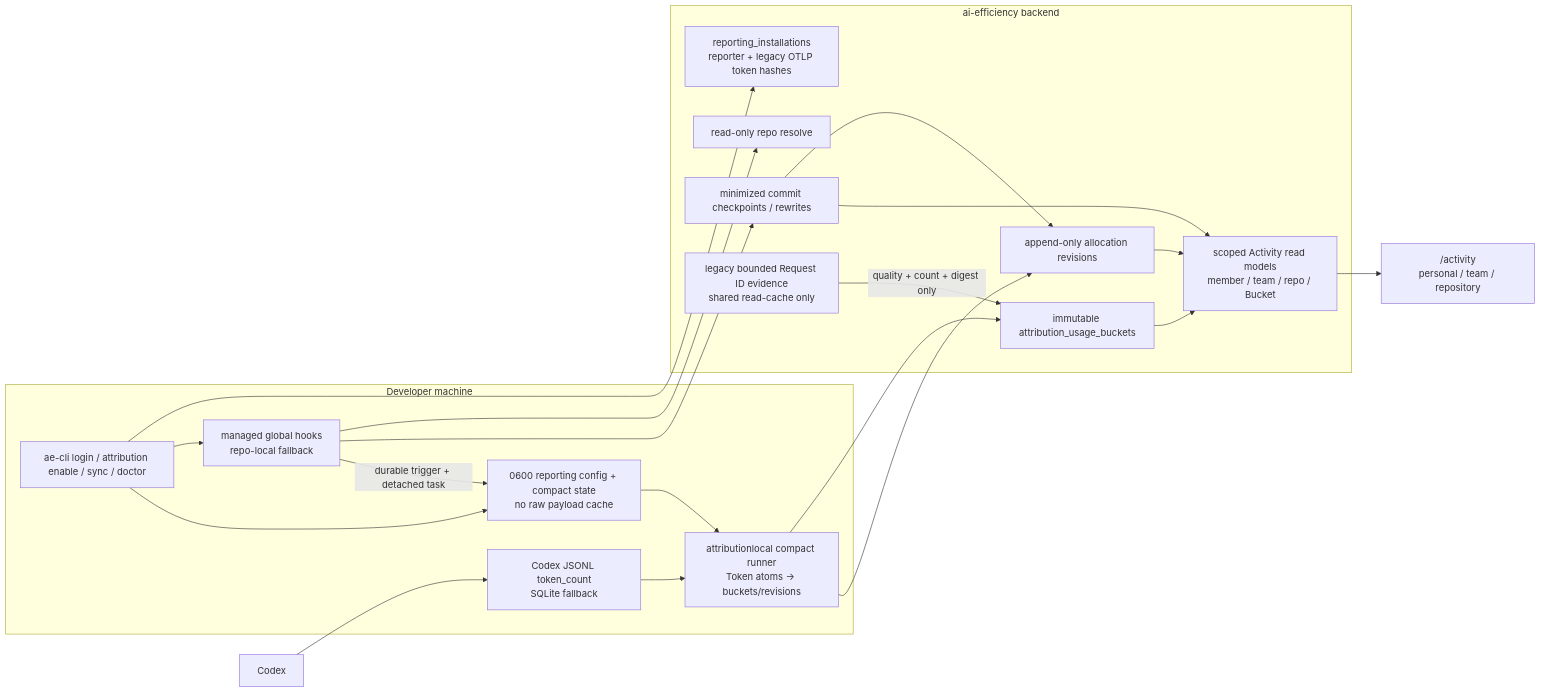
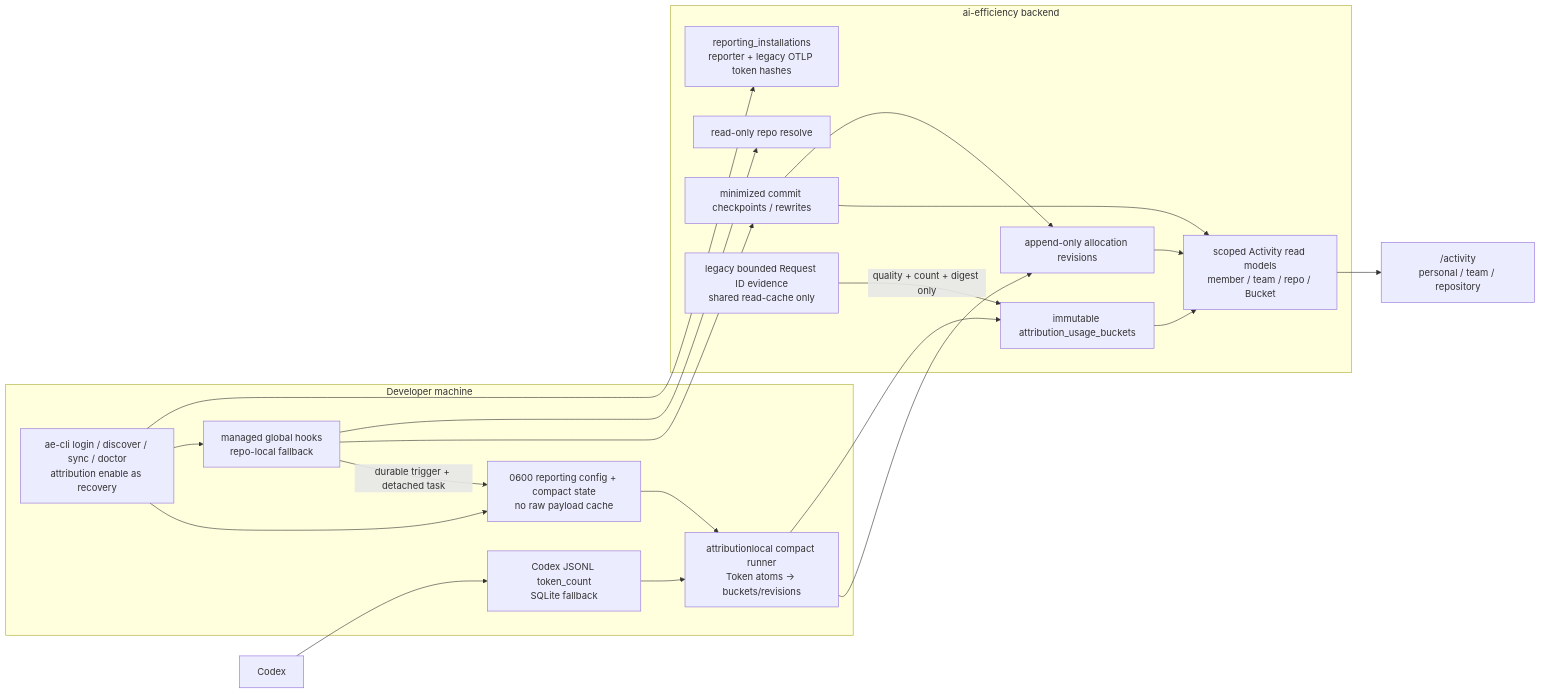
One commit to LichKing-2234/ai-efficiency changed the fourth of 4 diagrams in docs/architecture.md. Above: the diagram before and after it, drawn with Mermaid. The commit also changed other lines of this file and 35 other files, not shown here.

````diff
--- a/docs/architecture.md
+++ b/docs/architecture.md
@@ -696,42 +697,42 @@
 ```mermaid
 flowchart LR
     Codex["Codex"]
 
     subgraph Local["Developer machine"]
-        CLI["ae-cli login / attribution enable / sync / doctor"]
+        CLI["ae-cli login / discover / sync / doctor<br/>attribution enable as recovery"]
         Hooks["managed global hooks<br/>repo-local fallback"]
         JSONL["Codex JSONL token_count<br/>SQLite fallback"]
         Compact["attributionlocal compact runner<br/>Token atoms -> buckets/revisions"]
         State["0600 reporting config + compact state<br/>no raw payload cache"]
     end
 
     subgraph Backend["ai-efficiency backend"]
         Install["reporting_installations<br/>reporter + legacy OTLP token hashes"]
         Resolve["read-only repo resolve"]
         Checkpoint["minimized commit checkpoints / rewrites"]
         Buckets["immutable attribution_usage_buckets"]
         Revisions["append-only allocation revisions"]
         Correlation["legacy bounded Request ID evidence<br/>shared read-cache only"]
         Activity["scoped Activity read models<br/>member / team / repo / Bucket"]
     end
 
     UI["/activity<br/>personal / team / repository"]
 
     CLI --> Install
     CLI --> Hooks
     CLI --> State
     Codex --> JSONL
     Hooks --> Resolve
     Hooks --> Checkpoint
     Hooks -->|"durable trigger + detached task"| State
     State --> Compact
     JSONL --> Compact
     Compact --> Buckets
     Compact --> Revisions
     Checkpoint --> Revisions
     Correlation -->|"quality + count + digest only"| Buckets
     Buckets --> Activity
     Revisions --> Activity
     Checkpoint --> Activity
     Activity --> UI
 ```
````
